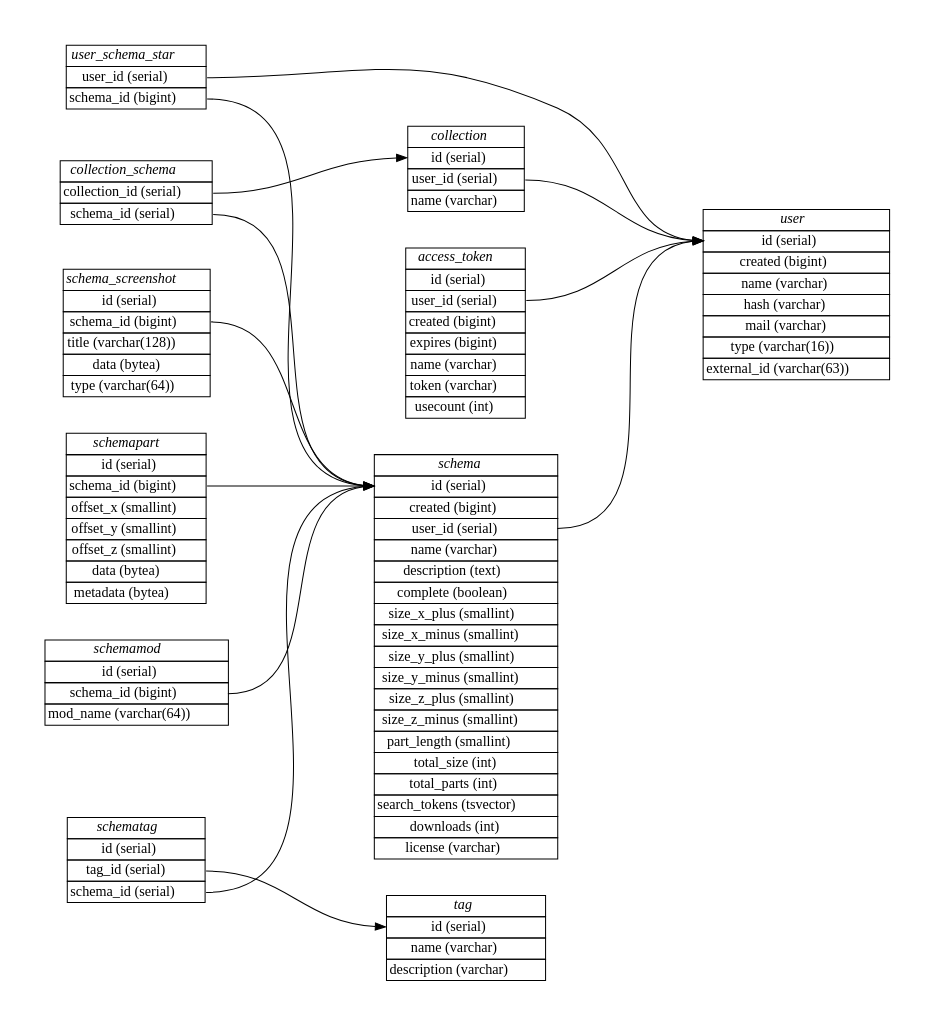
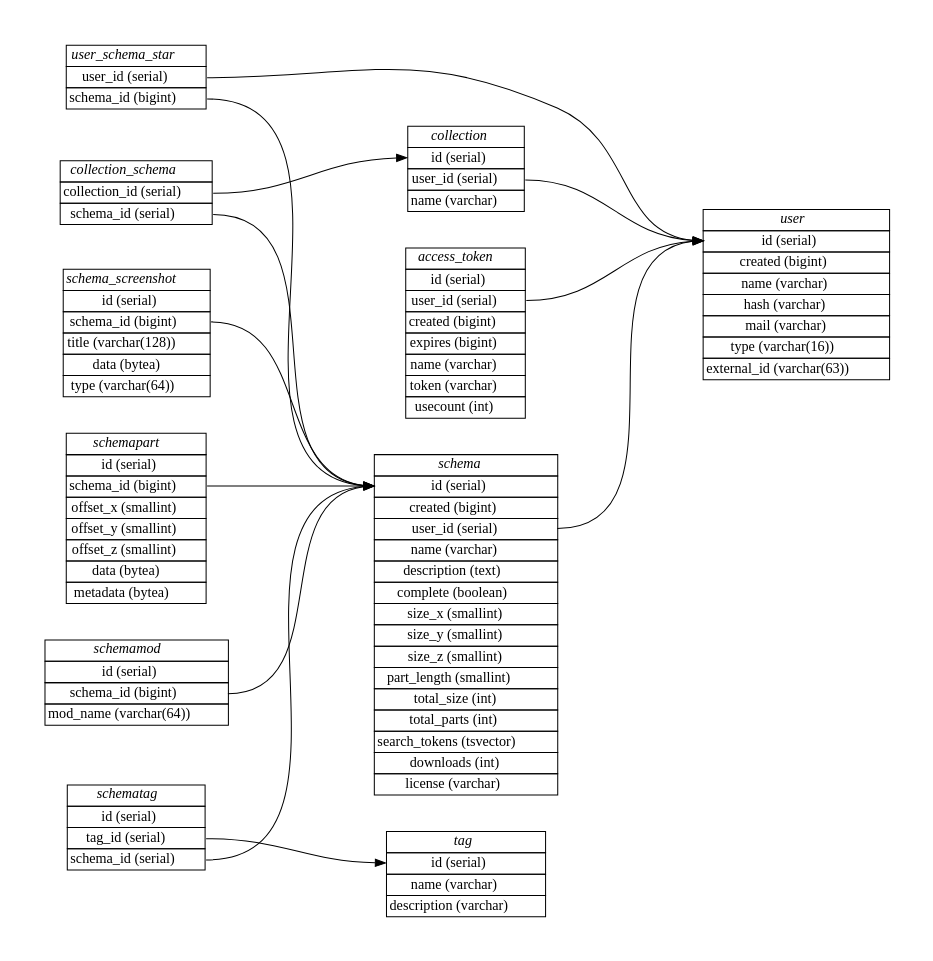
Before and after one commit to blockexchange/blockexchange_server: the diagram in doc/database.dot, drawn with Graphviz. The commit also changed 12 other files, not shown here.

```diff
--- a/doc/database.dot
+++ b/doc/database.dot
@@ -1,134 +1,131 @@
 digraph {
 	graph [pad="0.5", nodesep="0.5", ranksep="2"];
 	node [shape=plain]
 	rankdir=LR;
 
 	user [label=<
 	<table border="0" cellborder="1" cellspacing="0">
-	  <tr><td><i>user</i></td></tr>
-	  <tr><td port="1">id (serial)</td></tr>
-	  <tr><td port="2">created (bigint)</td></tr>
-	  <tr><td port="3">name (varchar)</td></tr>
-	  <tr><td port="4">hash (varchar)</td></tr>
-	  <tr><td port="5">mail (varchar)</td></tr>
+		<tr><td><i>user</i></td></tr>
+		<tr><td port="1">id (serial)</td></tr>
+		<tr><td port="2">created (bigint)</td></tr>
+		<tr><td port="3">name (varchar)</td></tr>
+		<tr><td port="4">hash (varchar)</td></tr>
+		<tr><td port="5">mail (varchar)</td></tr>
 		<tr><td port="5b">type (varchar(16))</td></tr>
 		<tr><td port="5c">external_id (varchar(63))</td></tr>
 	</table>>];
 
 	access_token [label=<
 	<table border="0" cellborder="1" cellspacing="0">
-	  <tr><td><i>access_token</i></td></tr>
-	  <tr><td port="40">id (serial)</td></tr>
+		<tr><td><i>access_token</i></td></tr>
+		<tr><td port="40">id (serial)</td></tr>
 		<tr><td port="41">user_id (serial)</td></tr>
 		<tr><td port="42">created (bigint)</td></tr>
 		<tr><td port="43">expires (bigint)</td></tr>
-	  <tr><td port="44">name (varchar)</td></tr>
+		<tr><td port="44">name (varchar)</td></tr>
 		<tr><td port="45">token (varchar)</td></tr>
 		<tr><td port="46">usecount (int)</td></tr>
 	</table>>];
 
 
 	schema [label=<
 	<table border="0" cellborder="1" cellspacing="0">
-	  <tr><td><i>schema</i></td></tr>
-	  <tr><td port="6">id (serial)</td></tr>
-	  <tr><td port="7">created (bigint)</td></tr>
-	  <tr><td port="8">user_id (serial)</td></tr>
+		<tr><td><i>schema</i></td></tr>
+		<tr><td port="6">id (serial)</td></tr>
+		<tr><td port="7">created (bigint)</td></tr>
+		<tr><td port="8">user_id (serial)</td></tr>
 		<tr><td port="9">name (varchar)</td></tr>
-	  <tr><td port="10">description (text)</td></tr>
-	  <tr><td port="11">complete (boolean)</td></tr>
-	  <tr><td port="12">size_x_plus (smallint)</td></tr>
-	  <tr><td port="12a">size_x_minus (smallint)</td></tr>
-	  <tr><td port="13">size_y_plus (smallint)</td></tr>
-	  <tr><td port="13a">size_y_minus (smallint)</td></tr>
-	  <tr><td port="14">size_z_plus (smallint)</td></tr>
-	  <tr><td port="14a">size_z_minus (smallint)</td></tr>
-	  <tr><td port="15">part_length (smallint)</td></tr>
-	  <tr><td port="16">total_size (int)</td></tr>
-	  <tr><td port="17">total_parts (int)</td></tr>
-	  <tr><td port="18">search_tokens (tsvector)</td></tr>
-	  <tr><td port="19">downloads (int)</td></tr>
+		<tr><td port="10">description (text)</td></tr>
+		<tr><td port="11">complete (boolean)</td></tr>
+		<tr><td port="12">size_x (smallint)</td></tr>
+		<tr><td port="13">size_y (smallint)</td></tr>
+		<tr><td port="14">size_z (smallint)</td></tr>
+		<tr><td port="15">part_length (smallint)</td></tr>
+		<tr><td port="16">total_size (int)</td></tr>
+		<tr><td port="17">total_parts (int)</td></tr>
+		<tr><td port="18">search_tokens (tsvector)</td></tr>
+		<tr><td port="19">downloads (int)</td></tr>
 		<tr><td port="20">license (varchar)</td></tr>
 	</table>>];
 
 	schemapart [label=<
 	<table border="0" cellborder="1" cellspacing="0">
 	  <tr><td><i>schemapart</i></td></tr>
 	  <tr><td port="22">id (serial)</td></tr>
 	  <tr><td port="23">schema_id (bigint)</td></tr>
 	  <tr><td port="24">offset_x (smallint)</td></tr>
 	  <tr><td port="25">offset_y (smallint)</td></tr>
 	  <tr><td port="26">offset_z (smallint)</td></tr>
 	  <tr><td port="27">data (bytea)</td></tr>
 	  <tr><td port="28">metadata (bytea)</td></tr>
 	</table>>];
 
 	schemamod [label=<
 	<table border="0" cellborder="1" cellspacing="0">
 	  <tr><td><i>schemamod</i></td></tr>
 	  <tr><td port="29">id (serial)</td></tr>
 	  <tr><td port="30">schema_id (bigint)</td></tr>
 	  <tr><td port="31">mod_name (varchar(64))</td></tr>
 	</table>>];
 
 	user_schema_star [label=<
 	<table border="0" cellborder="1" cellspacing="0">
 	  <tr><td><i>user_schema_star</i></td></tr>
 	  <tr><td port="33">user_id (serial)</td></tr>
 	  <tr><td port="34">schema_id (bigint)</td></tr>
 	</table>>];
 
 	schema_screenshot [label=<
 	<table border="0" cellborder="1" cellspacing="0">
 	  <tr><td><i>schema_screenshot</i></td></tr>
 	  <tr><td port="35">id (serial)</td></tr>
 	  <tr><td port="36">schema_id (bigint)</td></tr>
 	  <tr><td port="37">title (varchar(128))</td></tr>
 	  <tr><td port="38">data (bytea)</td></tr>
 	  <tr><td port="39">type (varchar(64))</td></tr>
 	</table>>];
 
 	collection [label=<
 	<table border="0" cellborder="1" cellspacing="0">
 	  <tr><td><i>collection</i></td></tr>
 		<tr><td port="50">id (serial)</td></tr>
 	  <tr><td port="51">user_id (serial)</td></tr>
 		<tr><td port="52">name (varchar)</td></tr>
 	</table>>];
 
 	collection_schema [label=<
 		<table border="0" cellborder="1" cellspacing="0">
 		<tr><td><i>collection_schema</i></td></tr>
 		<tr><td port="61">collection_id (serial)</td></tr>
 		<tr><td port="62">schema_id (serial)</td></tr>
 	</table>>];
 
 	tag [label=<
 	<table border="0" cellborder="1" cellspacing="0">
 		<tr><td><i>tag</i></td></tr>
 		<tr><td port="70">id (serial)</td></tr>
 		<tr><td port="71">name (varchar)</td></tr>
 		<tr><td port="72">description (varchar)</td></tr>
 	</table>>];
 
 	schematag [label=<
 	<table border="0" cellborder="1" cellspacing="0">
 		<tr><td><i>schematag</i></td></tr>
 		<tr><td port="80">id (serial)</td></tr>
 		<tr><td port="81">tag_id (serial)</td></tr>
 		<tr><td port="82">schema_id (serial)</td></tr>
 	</table>>];
 
 	schematag:81 -> tag:70;
 	schematag:82 -> schema:6;
 	collection_schema:62 -> schema:6;
 	collection_schema:61 -> collection:50;
 	collection:51 -> user:1;
 	schema:8 -> user:1;
 	access_token:41 -> user:1
 	schemapart:23 -> schema:6;
 	schemamod:30 -> schema:6;
 	user_schema_star:33 -> user:1;
 	user_schema_star:34 -> schema:6;
 	schema_screenshot:36 -> schema:6;
 }
```
